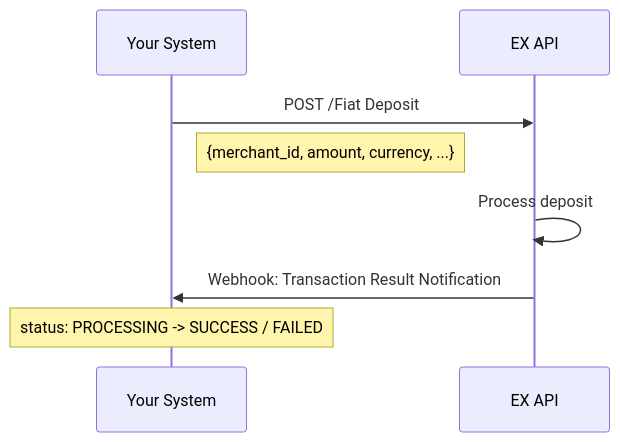
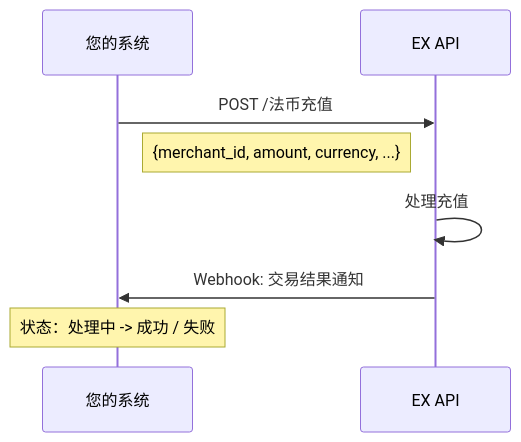
Before and after one commit to xiaoxiaoangie/EX-NEW: the ninth of 16 diagrams in Solutions/solutions/crypto-solutions-cn.md, drawn with Mermaid. The commit also changed other lines of this file and 36 other files, not shown here.

````diff
--- a/Solutions/solutions/crypto-solutions-cn.md
+++ b/Solutions/solutions/crypto-solutions-cn.md
@@ -375,11 +375,11 @@
 ```mermaid
 sequenceDiagram
-    participant You as Your System
+    participant You as 您的系统
     participant EX as EX API
 
-    You->>EX: POST /Fiat Deposit
+    You->>EX: POST /法币充值
     Note right of You: {merchant_id, amount, currency, ...}
-    EX->>EX: Process deposit
-    EX->>You: Webhook: Transaction Result Notification
-    Note over You: status: PROCESSING -> SUCCESS / FAILED
+    EX->>EX: 处理充值
+    EX->>You: Webhook: 交易结果通知
+    Note over You: 状态：处理中 -> 成功 / 失败
 ```
````
